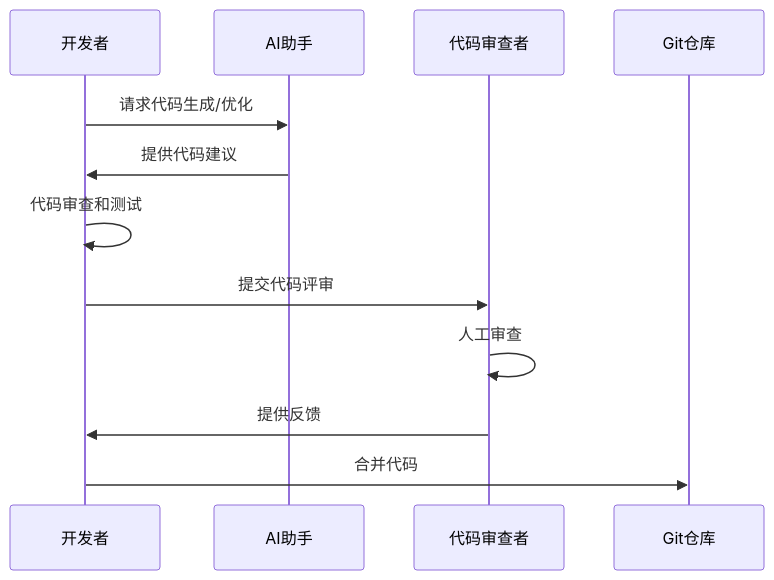
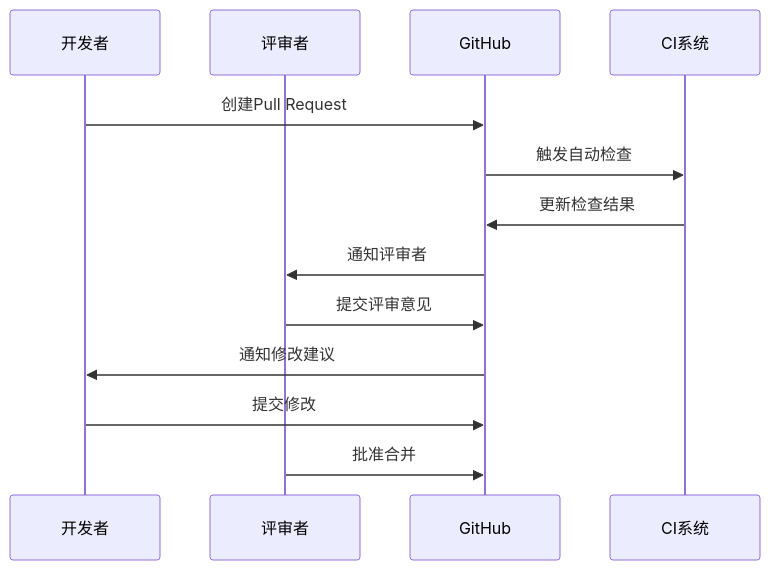
Before and after one commit to wutongci/cursor-courses: the sixth of 10 diagrams in base/第七章-团队协作与代码标准化.md, drawn with Mermaid. The commit also changed other lines of this file and 9 other files, not shown here.

````diff
--- a/base/第七章-团队协作与代码标准化.md
+++ b/base/第七章-团队协作与代码标准化.md
@@ -38,15 +359,16 @@
 ```mermaid
 sequenceDiagram
     participant D as 开发者
-    participant A as AI助手
-    participant R as 代码审查者
-    participant G as Git仓库
-
-    D->>A: 请求代码生成/优化
-    A->>D: 提供代码建议
-    D->>D: 代码审查和测试
-    D->>R: 提交代码评审
-    R->>R: 人工审查
-    R->>D: 提供反馈
-    D->>G: 合并代码
+    participant R as 评审者
+    participant G as GitHub
+    participant CI as CI系统
+    
+    D->>G: 创建Pull Request
+    G->>CI: 触发自动检查
+    CI->>G: 更新检查结果
+    G->>R: 通知评审者
+    R->>G: 提交评审意见
+    G->>D: 通知修改建议
+    D->>G: 提交修改
+    R->>G: 批准合并
 ```
````
